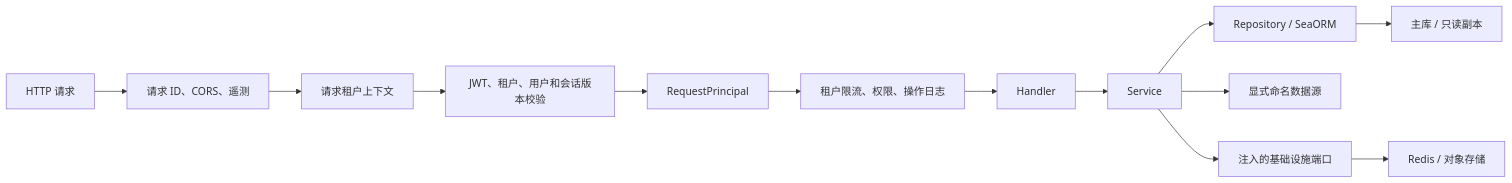
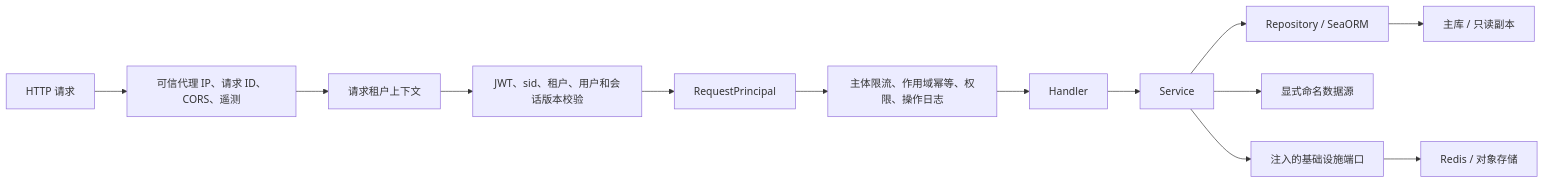
Before and after one commit to Edgar-ycy/ryframe: the diagram in docs/architecture.md, drawn with Mermaid. The commit also changed other lines of this file and 170 other files, not shown here.

Commit message:
feat!: upgrade security and MySQL architecture for v0.5.0

````diff
--- a/docs/architecture.md
+++ b/docs/architecture.md
@@ -70,15 +70,15 @@
 ```mermaid
 flowchart LR
-    A["HTTP 请求"] --> B["请求 ID、CORS、遥测"]
+    A["HTTP 请求"] --> B["可信代理 IP、请求 ID、CORS、遥测"]
     B --> C["请求租户上下文"]
-    C --> D["JWT、租户、用户和会话版本校验"]
+    C --> D["JWT、sid、租户、用户和会话版本校验"]
     D --> E["RequestPrincipal"]
-    E --> F["租户限流、权限、操作日志"]
+    E --> F["主体限流、作用域幂等、权限、操作日志"]
     F --> G["Handler"]
     G --> H["Service"]
     H --> I["Repository / SeaORM"]
     I --> J["主库 / 只读副本"]
     H --> M["显式命名数据源"]
     H --> K["注入的基础设施端口"]
     K --> L["Redis / 对象存储"]
 ```
````
